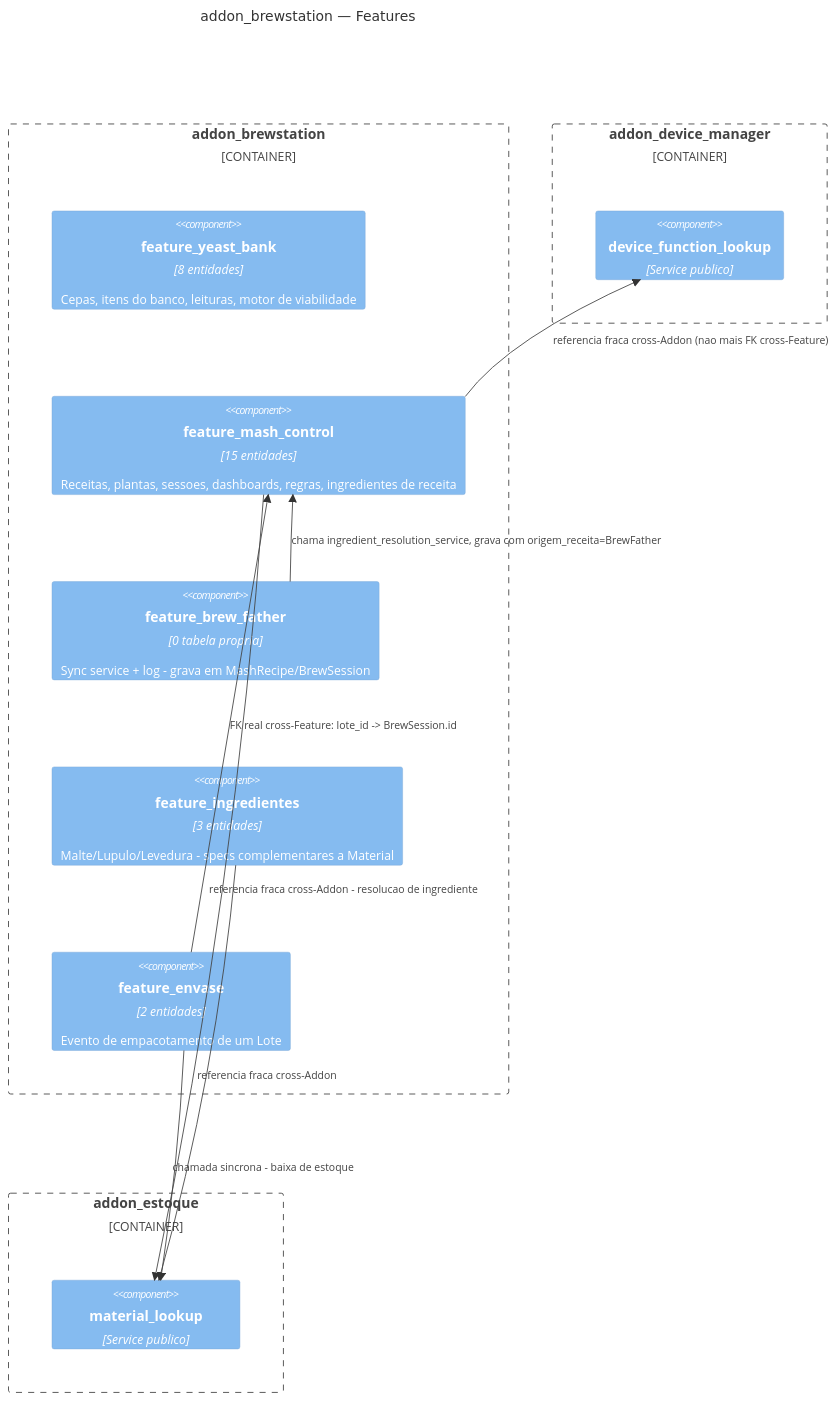
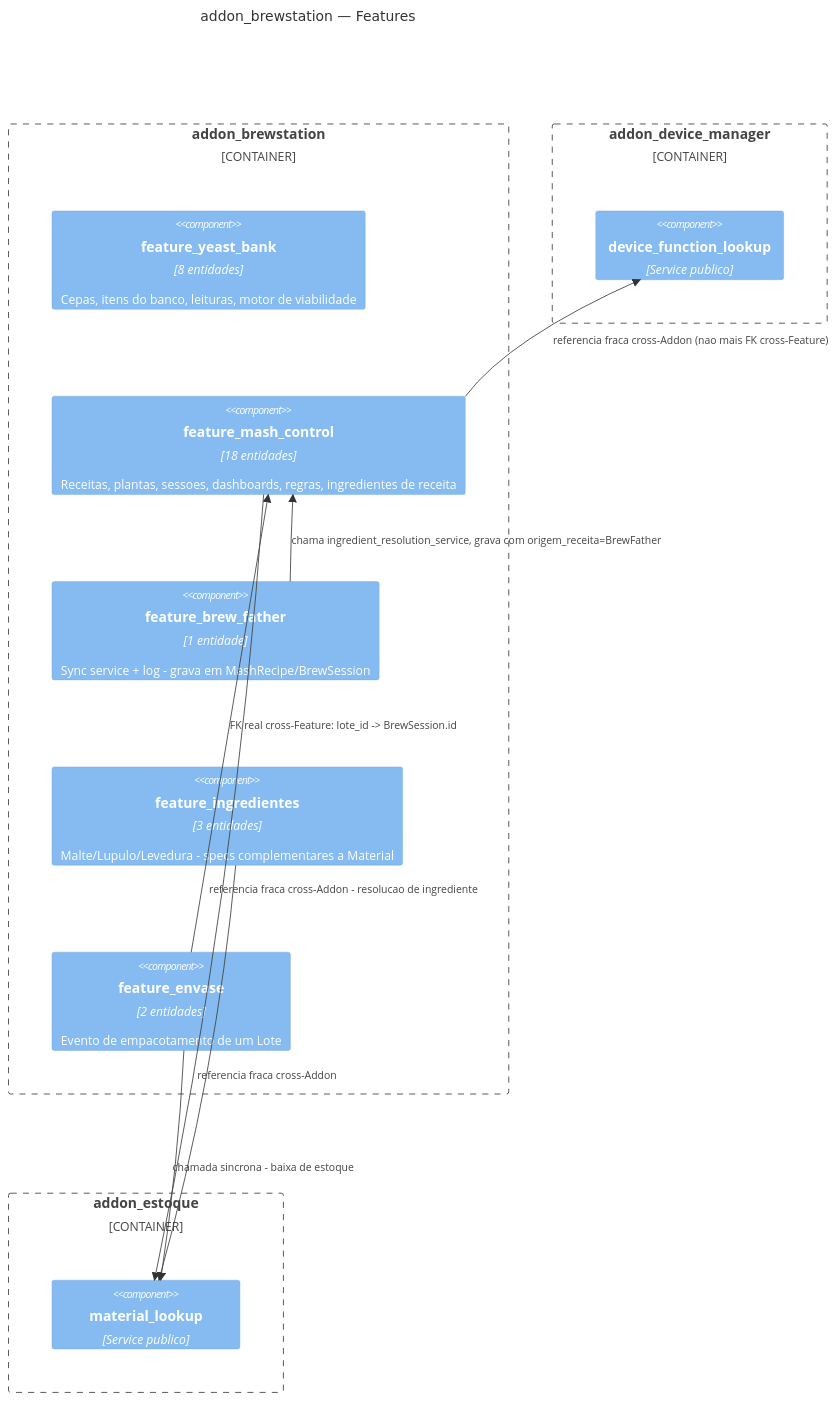
Before and after one commit to ChristopherNicolasSMM/Tesseract: the diagram in addons/addon_brewstation/docs/technical/02-diagrama-c4.md, drawn with Mermaid. The commit also changed other lines of this file and 34 other files, not shown here.

````diff
--- a/addons/addon_brewstation/docs/technical/02-diagrama-c4.md
+++ b/addons/addon_brewstation/docs/technical/02-diagrama-c4.md
@@ -3,26 +3,26 @@
 ```mermaid
 C4Component
     title addon_brewstation — Features
 
     Container_Boundary(brewstation, "addon_brewstation") {
         Component(yeastbank, "feature_yeast_bank", "8 entidades", "Cepas, itens do banco, leituras, motor de viabilidade")
-        Component(mashcontrol, "feature_mash_control", "15 entidades", "Receitas, plantas, sessoes, dashboards, regras, ingredientes de receita")
-        Component(brewfather, "feature_brew_father", "0 tabela propria", "Sync service + log - grava em MashRecipe/BrewSession")
+        Component(mashcontrol, "feature_mash_control", "18 entidades", "Receitas, plantas, sessoes, dashboards, regras, ingredientes de receita")
+        Component(brewfather, "feature_brew_father", "1 entidade", "Sync service + log - grava em MashRecipe/BrewSession")
         Component(ingredientes, "feature_ingredientes", "3 entidades", "Malte/Lupulo/Levedura - specs complementares a Material")
         Component(envase, "feature_envase", "2 entidades", "Evento de empacotamento de um Lote")
     }
 
     Container_Boundary(devicemanager_ext, "addon_device_manager") {
         Component(devicefunc_lookup, "device_function_lookup", "Service publico")
     }
     Container_Boundary(estoque_ext, "addon_estoque") {
         Component(material_lookup, "material_lookup", "Service publico")
     }
 
     Rel(envase, mashcontrol, "FK real cross-Feature: lote_id -> BrewSession.id")
     Rel(brewfather, mashcontrol, "chama ingredient_resolution_service, grava com origem_receita=BrewFather")
     Rel(mashcontrol, devicefunc_lookup, "referencia fraca cross-Addon (nao mais FK cross-Feature)")
     Rel(mashcontrol, material_lookup, "referencia fraca cross-Addon - resolucao de ingrediente")
     Rel(ingredientes, material_lookup, "referencia fraca cross-Addon")
     Rel(envase, material_lookup, "chamada sincrona - baixa de estoque")
 ```
````
